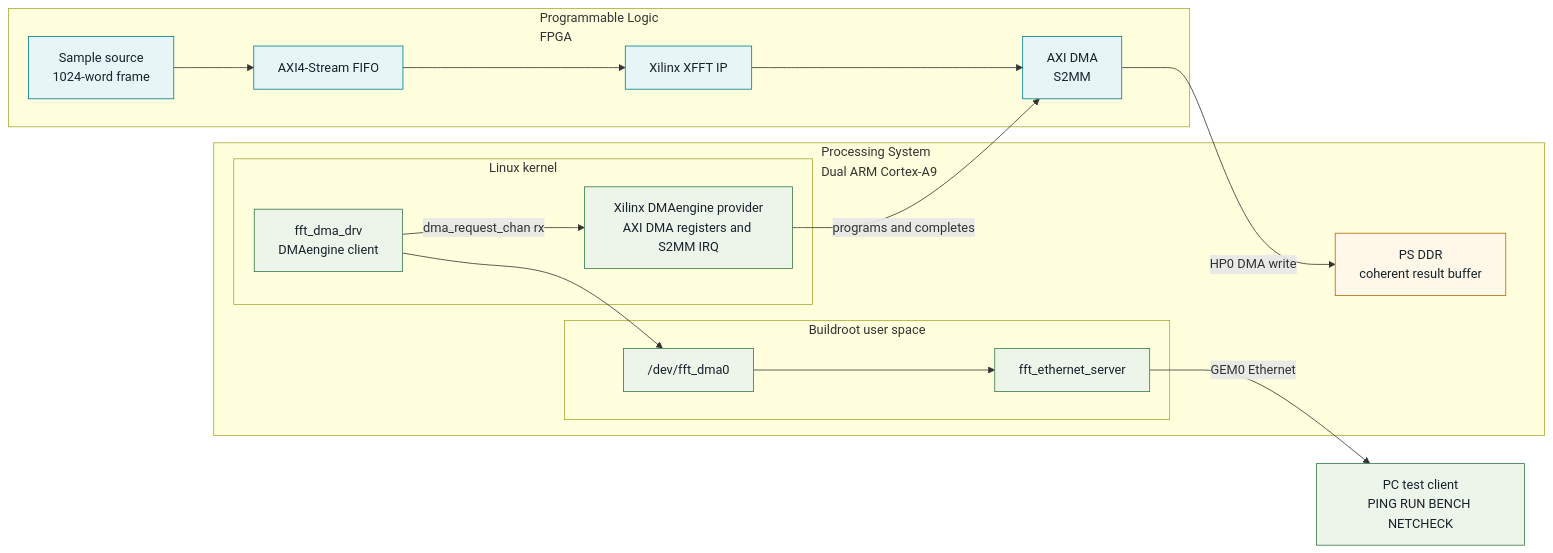
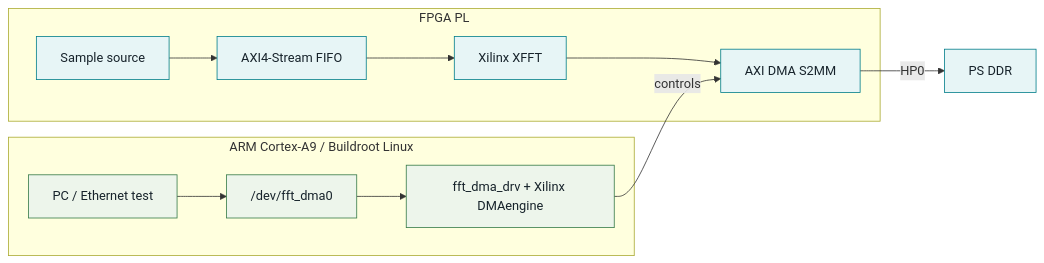
One commit to Linciyou/fpga-accelerated-embedded-linux-zynq changed the diagram in README.md. Above: the diagram before and after it, drawn with Mermaid.

Commit message:
Simplify Mermaid system layout

````diff
--- a/README.md
+++ b/README.md
@@ -16,36 +16,26 @@
 ```mermaid
 flowchart LR
-    subgraph PL["Programmable Logic<br/>FPGA"]
-        source["Sample source<br/>1024-word frame"]
+    subgraph PL["FPGA PL"]
+        source["Sample source"]
         fifo["AXI4-Stream FIFO"]
-        xfft["Xilinx XFFT IP"]
-        dma["AXI DMA<br/>S2MM"]
+        xfft["Xilinx XFFT"]
+        dma["AXI DMA S2MM"]
         source --> fifo --> xfft --> dma
     end
 
-    subgraph PS["Processing System<br/>Dual ARM Cortex-A9"]
-        ddr["PS DDR<br/>coherent result buffer"]
-        subgraph KERNEL["Linux kernel"]
-            client["fft_dma_drv<br/>DMAengine client"]
-            provider["Xilinx DMAengine provider<br/>AXI DMA registers and S2MM IRQ"]
-        end
-        subgraph USER["Buildroot user space"]
-            device["/dev/fft_dma0"]
-            endpoint["fft_ethernet_server"]
-        end
+    dma -->|"HP0"| ddr["PS DDR"]
+
+    subgraph PS["ARM Cortex-A9 / Buildroot Linux"]
+        test["PC / Ethernet test"]
+        device["/dev/fft_dma0"]
+        linux["fft_dma_drv + Xilinx DMAengine"]
+        test --> device --> linux
     end
 
-    dma -->|"HP0 DMA write"| ddr
-    client -->|"dma_request_chan rx"| provider
-    provider -->|"programs and completes"| dma
-    client --> device
-    device --> endpoint
-    endpoint -->|"GEM0 Ethernet"| pc["PC test client<br/>PING RUN BENCH NETCHECK"]
+    linux -->|"controls"| dma
 
-    classDef pl fill:#e7f5f6,stroke:#007d8a,color:#17232b
-    classDef ps fill:#fff7e8,stroke:#b86b00,color:#17232b
-    classDef linux fill:#edf5eb,stroke:#357a47,color:#17232b
-    class source,fifo,xfft,dma pl
-    class ddr ps
-    class client,provider,device,endpoint,pc linux
+    classDef hardware fill:#e7f5f6,stroke:#007d8a,color:#17232b
+    classDef software fill:#edf5eb,stroke:#357a47,color:#17232b
+    class source,fifo,xfft,dma,ddr hardware
+    class test,device,linux software
 ```
````
